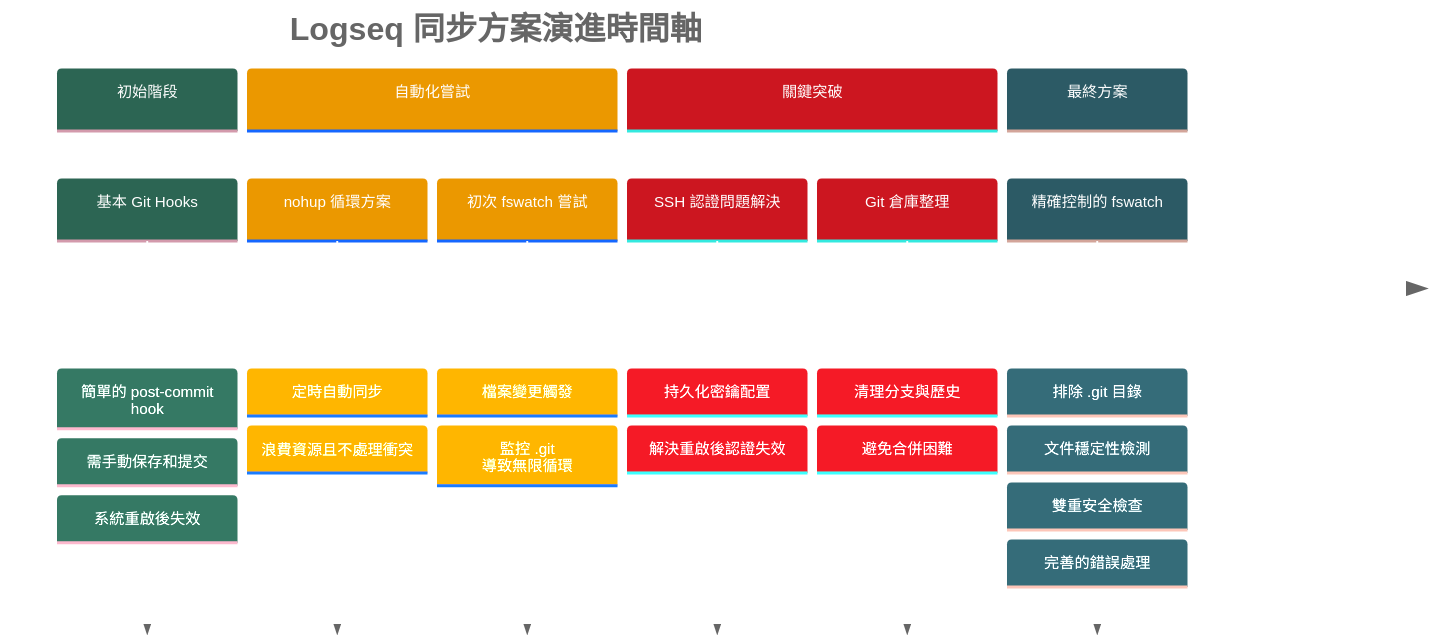
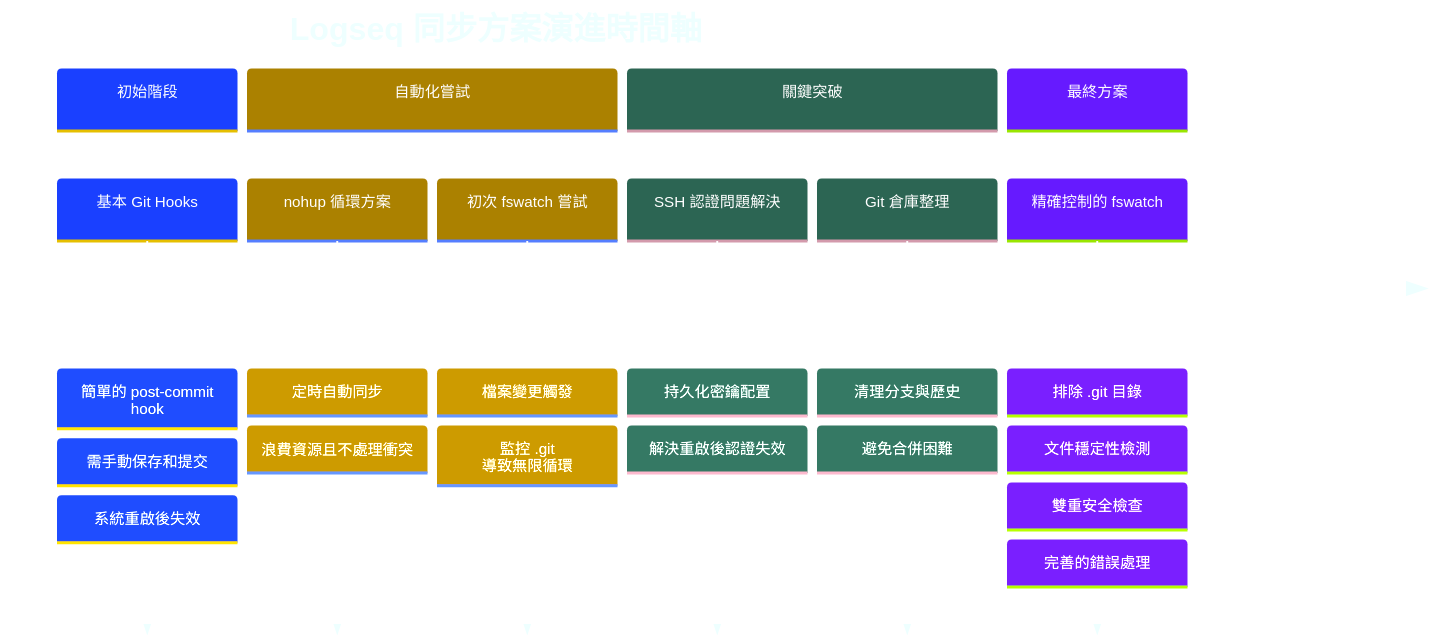
Before and after one commit to GengGeng026/Sync-Logseq: the first of 2 diagrams in Logseq同步方案演進記錄.md, drawn with Mermaid. The commit also changed other lines of this file, not shown here.

````diff
--- a/Logseq同步方案演進記錄.md
+++ b/Logseq同步方案演進記錄.md
@@ -24,45 +24,45 @@
 ```mermaid
 %%{init: {
   'theme': 'base', 
   'themeVariables': {
-    'primaryColor': '#59B79A',
+    'primaryColor': '#99AAFF',
+    'secondaryColor': '#FFCB2B',
+    'tertiaryColor': '#59B79A',
+    'quaternaryColor': '#F07178',
     'primaryTextColor': '#FFFFFF',
     'primaryBorderColor': '#59B79A',
-    'lineColor': '#666666',
-    'secondaryColor': '#FFCB6B',
-    'tertiaryColor': '#F07178',
+    'lineColor': '#C792EA',
     'background': 'transparent',
-    'textColor': '#666666',
+    'textColor': '#EEFFFF',
     'nodeBorder': '#59B79A',
     'clusterBkg': 'transparent',
-    'titleColor': '#666666',
+    'titleColor': '#EEFFFF',
     'sectionBkgColor': '#273747',
     'sectionBkgColor2': '#334455',
     'sectionBkgColor3': '#3A4A5A',
     'sectionBkgColor4': '#42546A',
-    'sectionBkgColor5': '#4B5E78',
-    'fontFamily': 'Arial, Helvetica, sans-serif'
+    'sectionBkgColor5': '#4B5E78'
   }
 }}%%
 timeline
     title Logseq 同步方案演進時間軸
     section 初始階段
         基本 Git Hooks : 簡單的 post-commit hook
         : 需手動保存和提交
         : 系統重啟後失效
     section 自動化嘗試
         nohup 循環方案 : 定時自動同步
         : 浪費資源且不處理衝突
         初次 fswatch 嘗試 : 檔案變更觸發
         : 監控 .git 導致無限循環
     section 關鍵突破
         SSH 認證問題解決 : 持久化密鑰配置
         : 解決重啟後認證失效
         Git 倉庫整理 : 清理分支與歷史
         : 避免合併困難
     section 最終方案
         精確控制的 fswatch : 排除 .git 目錄
         : 文件穩定性檢測
         : 雙重安全檢查
         : 完善的錯誤處理
 ```
````
